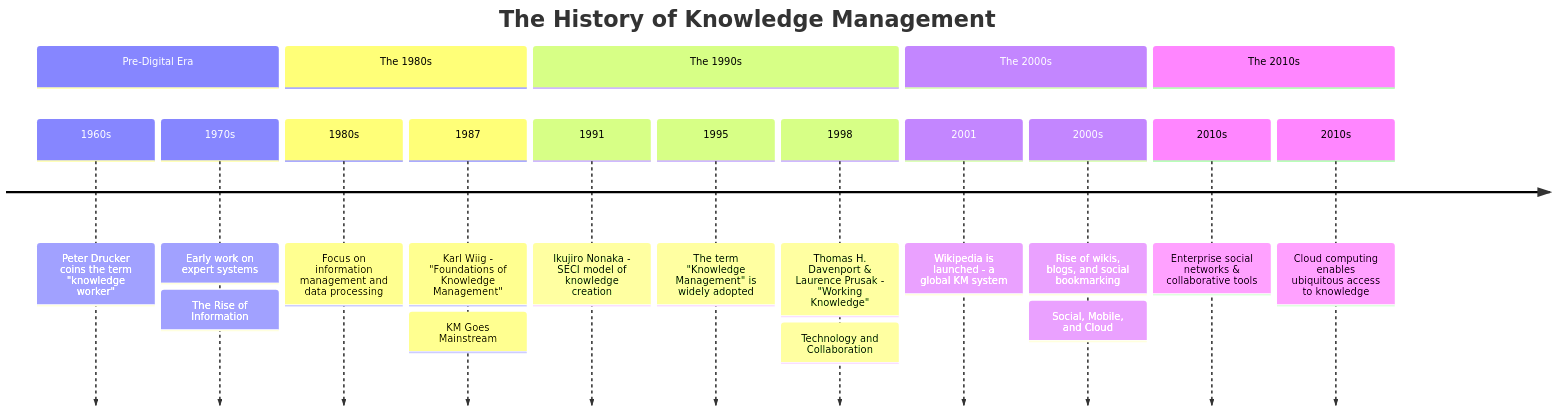
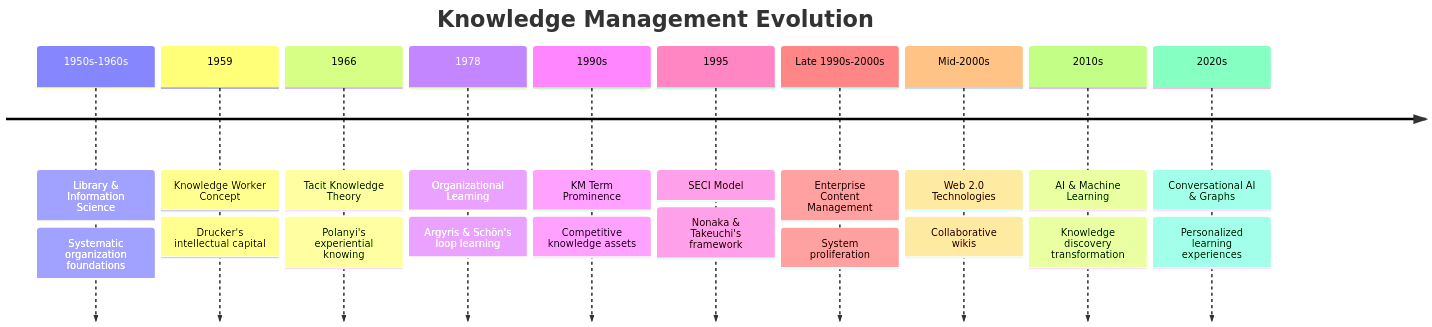
One commit to elidepb/mermaid_corpus changed the diagram in timeline/Business and Administration/markdowns/279_knowledge_management.md. Above: the diagram before and after it, drawn with Mermaid. The commit also changed 3129 other files, not shown here.

````diff
--- a/timeline/Business and Administration/markdowns/279_knowledge_management.md
+++ b/timeline/Business and Administration/markdowns/279_knowledge_management.md
@@ -1,20 +1,24 @@
 ```mermaid
 timeline
-    title The History of Knowledge Management
-    section Pre-Digital Era
-        1960s : Peter Drucker coins the term "knowledge worker"
-        1970s : Early work on expert systems
-    section The 1980s: The Rise of Information
-        1980s : Focus on information management and data processing
-        1987 : Karl Wiig - "Foundations of Knowledge Management"
-    section The 1990s: KM Goes Mainstream
-        1991 : Ikujiro Nonaka - SECI model of knowledge creation
-        1995 : The term "Knowledge Management" is widely adopted
-        1998 : Thomas H. Davenport & Laurence Prusak - "Working Knowledge"
-    section The 2000s: Technology and Collaboration
-        2001 : Wikipedia is launched - a global KM system
-        2000s : Rise of wikis, blogs, and social bookmarking
-    section The 2010s: Social, Mobile, and Cloud
-        2010s : Enterprise social networks & collaborative tools
-        2010s : Cloud computing enables ubiquitous access to knowledge
+    title Knowledge Management Evolution
+    1950s-1960s : Library & Information Science
+                : Systematic organization foundations
+    1959 : Knowledge Worker Concept
+         : Drucker's intellectual capital
+    1966 : Tacit Knowledge Theory
+         : Polanyi's experiential knowing
+    1978 : Organizational Learning
+         : Argyris & Schön's loop learning
+    1990s : KM Term Prominence
+          : Competitive knowledge assets
+    1995 : SECI Model
+         : Nonaka & Takeuchi's framework
+    Late 1990s-2000s : Enterprise Content Management
+                     : System proliferation
+    Mid-2000s : Web 2.0 Technologies
+              : Collaborative wikis
+    2010s : AI & Machine Learning
+          : Knowledge discovery transformation
+    2020s : Conversational AI & Graphs
+          : Personalized learning experiences
 ```
````
